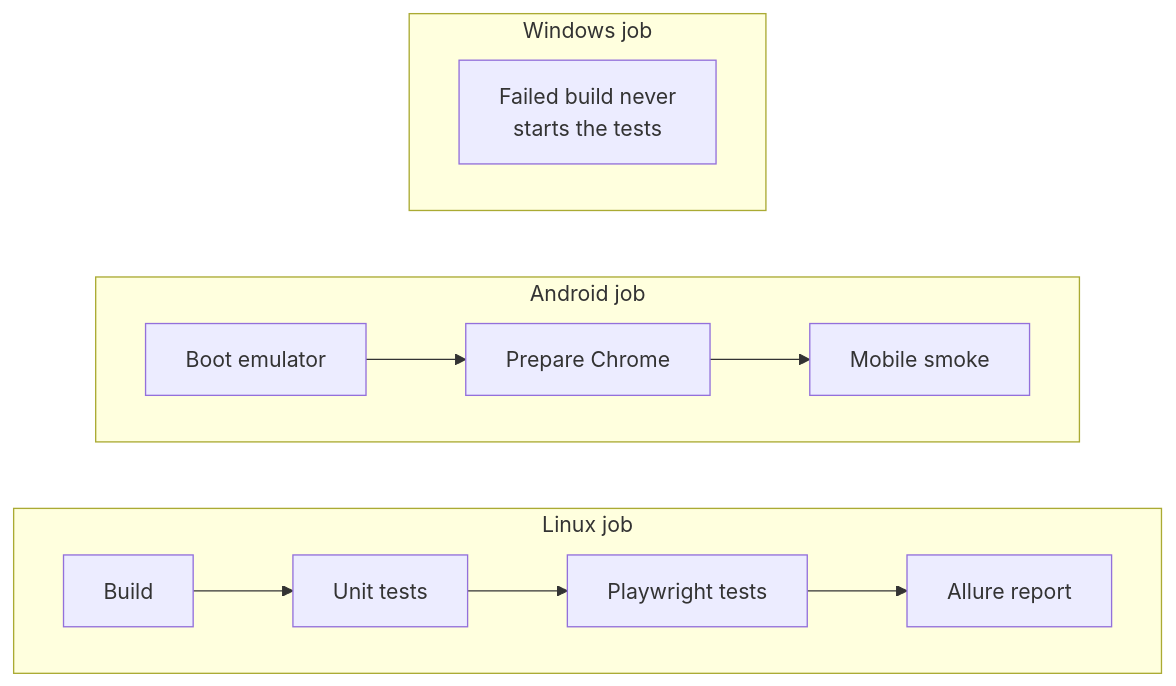
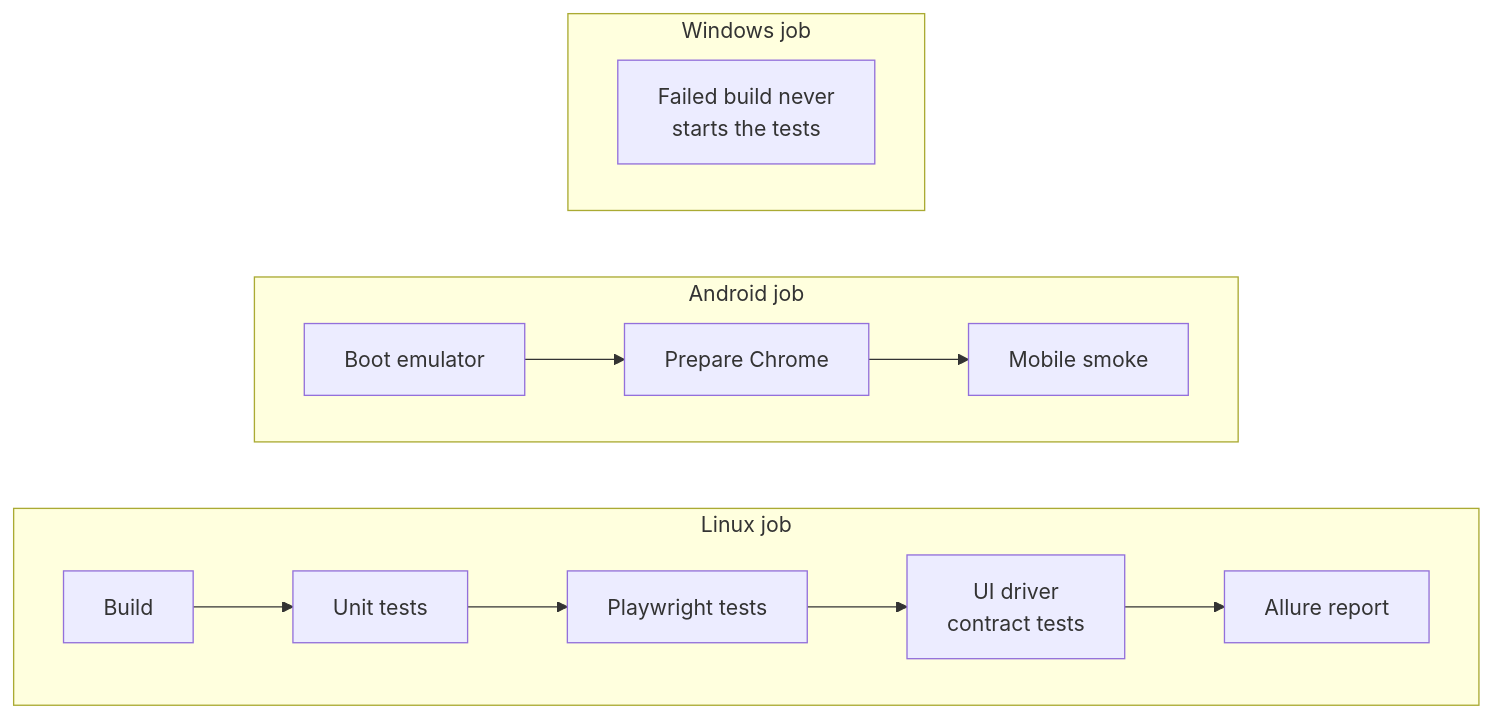
Before and after one commit to ravs788/complete-test-automation-fmw: the sixth of 6 diagrams in docs/DIAGRAMS.md, drawn with Mermaid. The commit also changed other lines of this file and 58 other files, not shown here.

First line of the commit message:
feat(ui): UI contract with capabilities; Playwright moved into an adapter (R42)

````diff
--- a/docs/DIAGRAMS.md
+++ b/docs/DIAGRAMS.md
@@ -193,15 +194,15 @@
 ```mermaid
 flowchart LR
     subgraph L["Linux job"]
         direction LR
-        L1["Build"] --> L2["Unit tests"] --> L3["Playwright tests"] --> L4["Allure report"]
+        L1["Build"] --> L2["Unit tests"] --> L3["Playwright tests"] --> L5["UI driver<br/>contract tests"] --> L4["Allure report"]
     end
     subgraph M["Android job"]
         direction LR
         M1["Boot emulator"] --> M2["Prepare Chrome"] --> M3["Mobile smoke"]
     end
     subgraph W["Windows job"]
         direction LR
         W1["Failed build never<br/>starts the tests"]
     end
 ```
````
